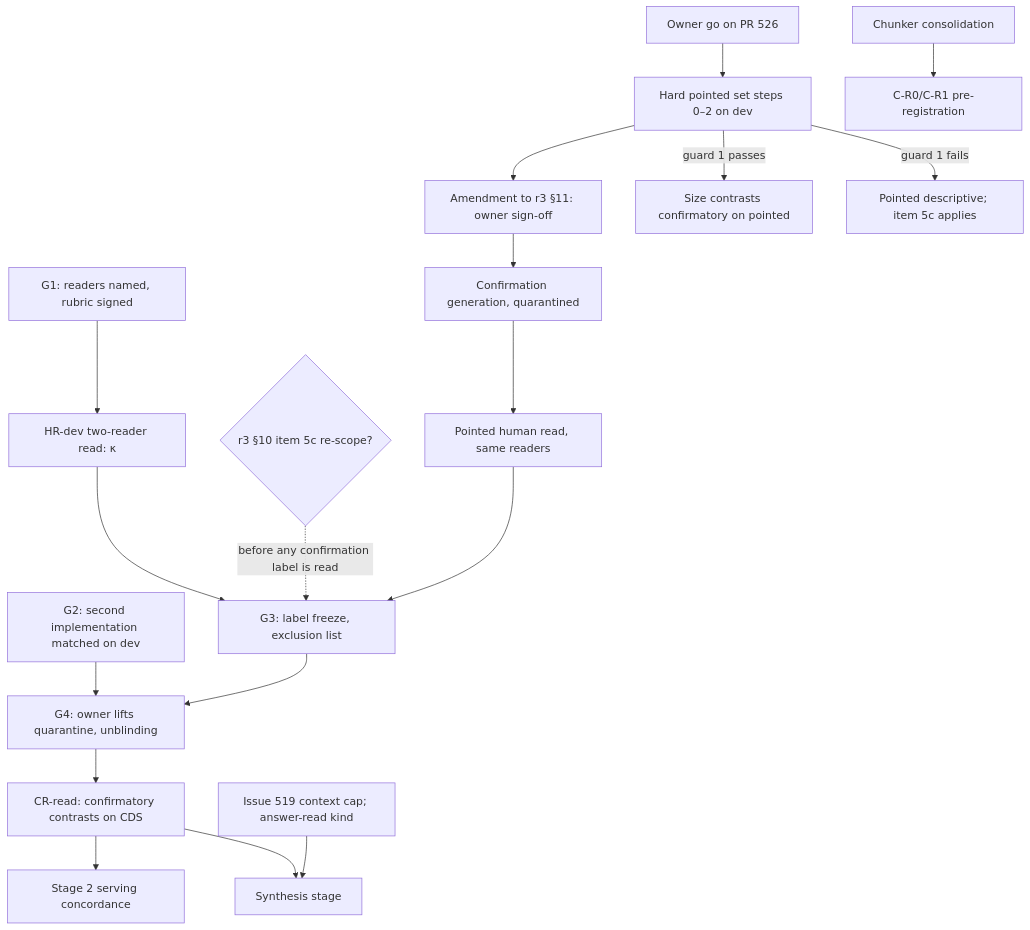
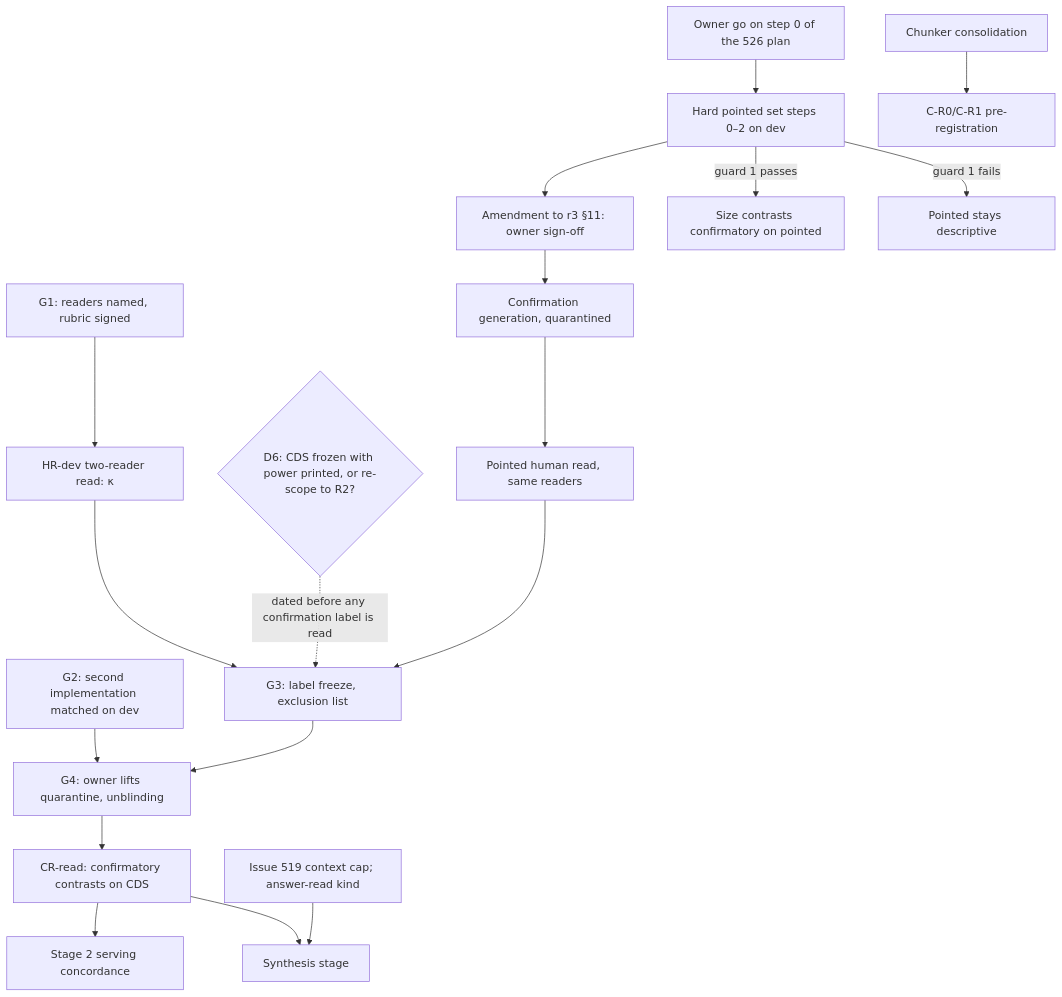
One commit to wilke/ragstack changed the diagram in docs/plans/chunking-study-plan.md. Above: the diagram before and after it, drawn with Mermaid. The commit also changed other lines of this file, not shown here.

First line of the commit message:
docs(plans): study plan — address review of #723 (labels, citations, missing items)

````diff
--- a/docs/plans/chunking-study-plan.md
+++ b/docs/plans/chunking-study-plan.md
@@ -330,20 +344,20 @@
 ```mermaid
 flowchart TD
-  R1[G1: readers named, rubric signed] --> HR[HR-dev two-reader read: κ]
+  GATE1[G1: readers named, rubric signed] --> HR[HR-dev two-reader read: κ]
   HR --> FZ[G3: label freeze, exclusion list]
   G2[G2: second implementation matched on dev] --> UB
   FZ --> UB[G4: owner lifts quarantine, unblinding]
-  D5c{r3 §10 item 5c re-scope?} -. "before any confirmation label is read" .-> FZ
+  D6{D6: CDS frozen with power printed, or re-scope to R2?} -. "dated before any confirmation label is read" .-> FZ
   UB --> CR[CR-read: confirmatory contrasts on CDS]
   CR --> ST2[Stage 2 serving concordance]
-  HPS0[Owner go on PR 526] --> HPS[Hard pointed set steps 0–2 on dev]
+  HPS0[Owner go on step 0 of the 526 plan] --> HPS[Hard pointed set steps 0–2 on dev]
   HPS --> AM[Amendment to r3 §11: owner sign-off]
   AM --> HPS4[Confirmation generation, quarantined]
   HPS4 --> HRp[Pointed human read, same readers]
   HRp --> FZ
   HPS -->|guard 1 passes| SIZE[Size contrasts confirmatory on pointed]
-  HPS -->|guard 1 fails| DESC[Pointed descriptive; item 5c applies]
+  HPS -->|guard 1 fails| DESC[Pointed stays descriptive]
   CONS[Chunker consolidation] --> NEW[C-R0/C-R1 pre-registration]
   CR --> SYN[Synthesis stage]
   I519[Issue 519 context cap; answer-read kind] --> SYN
 ```
````
